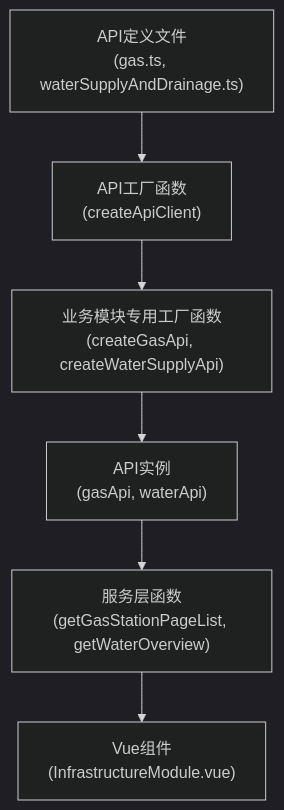
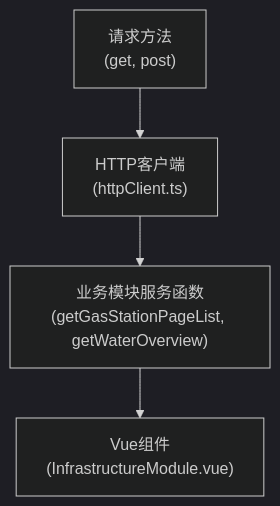
The first of 2 diagrams in .qoder/repowiki/zh/content/API集成/服务层实现/服务层实现.md (zhibo1997/government-dashboard), drawn with Mermaid (dark theme) before and after one commit. The commit also changed other lines of this file and 17 other files, not shown here.

First line of the commit message:
refactor(httpClient): 重构服务层为统一HTTP客户端调用

````diff
--- a/.qoder/repowiki/zh/content/API集成/服务层实现/服务层实现.md
+++ b/.qoder/repowiki/zh/content/API集成/服务层实现/服务层实现.md
@@ -37,8 +43,6 @@
 ```mermaid
 flowchart TD
-A["API定义文件<br/>(gas.ts, waterSupplyAndDrainage.ts)"] --> B["API工厂函数<br/>(createApiClient)"]
-B --> C["业务模块专用工厂函数<br/>(createGasApi, createWaterSupplyApi)"]
-C --> D["API实例<br/>(gasApi, waterApi)"]
-D --> E["服务层函数<br/>(getGasStationPageList, getWaterOverview)"]
-E --> F["Vue组件<br/>(InfrastructureModule.vue)"]
+A["请求方法<br/>(get, post)"] --> B["HTTP客户端<br/>(httpClient.ts)"]
+B --> C["业务模块服务函数<br/>(getGasStationPageList, getWaterOverview)"]
+C --> D["Vue组件<br/>(InfrastructureModule.vue)"]
 ```
````
